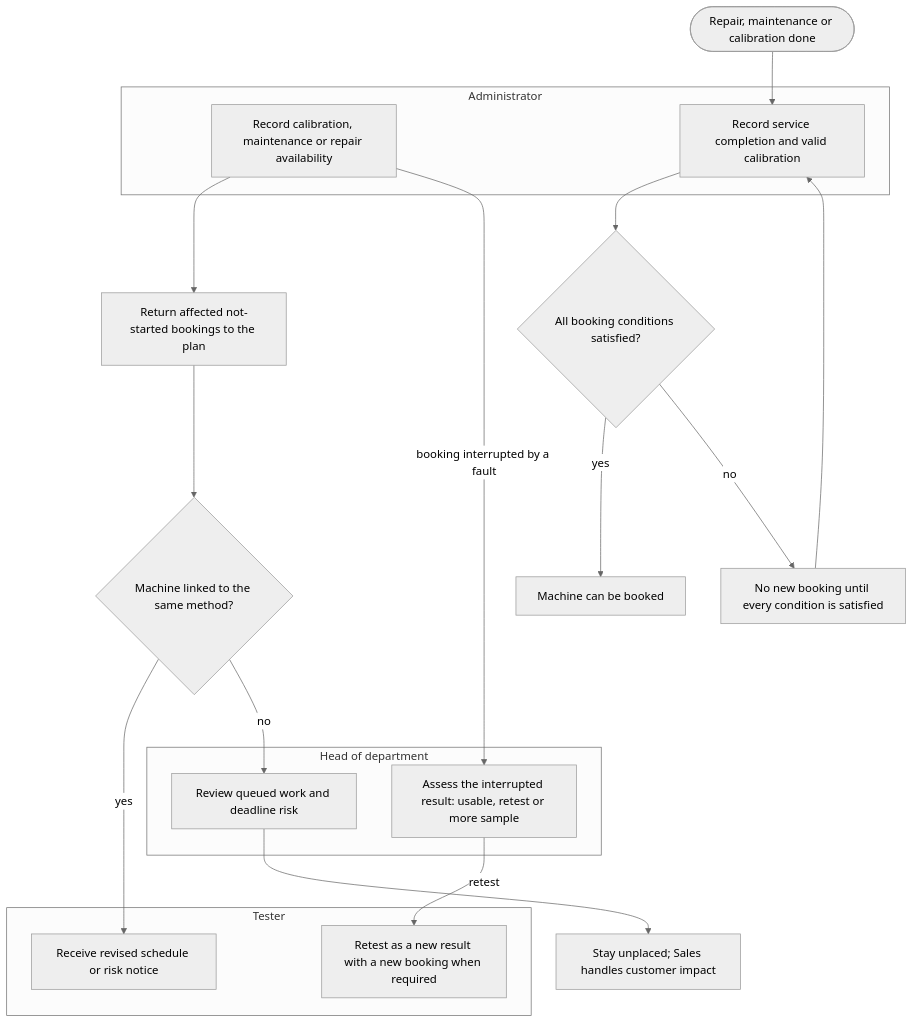
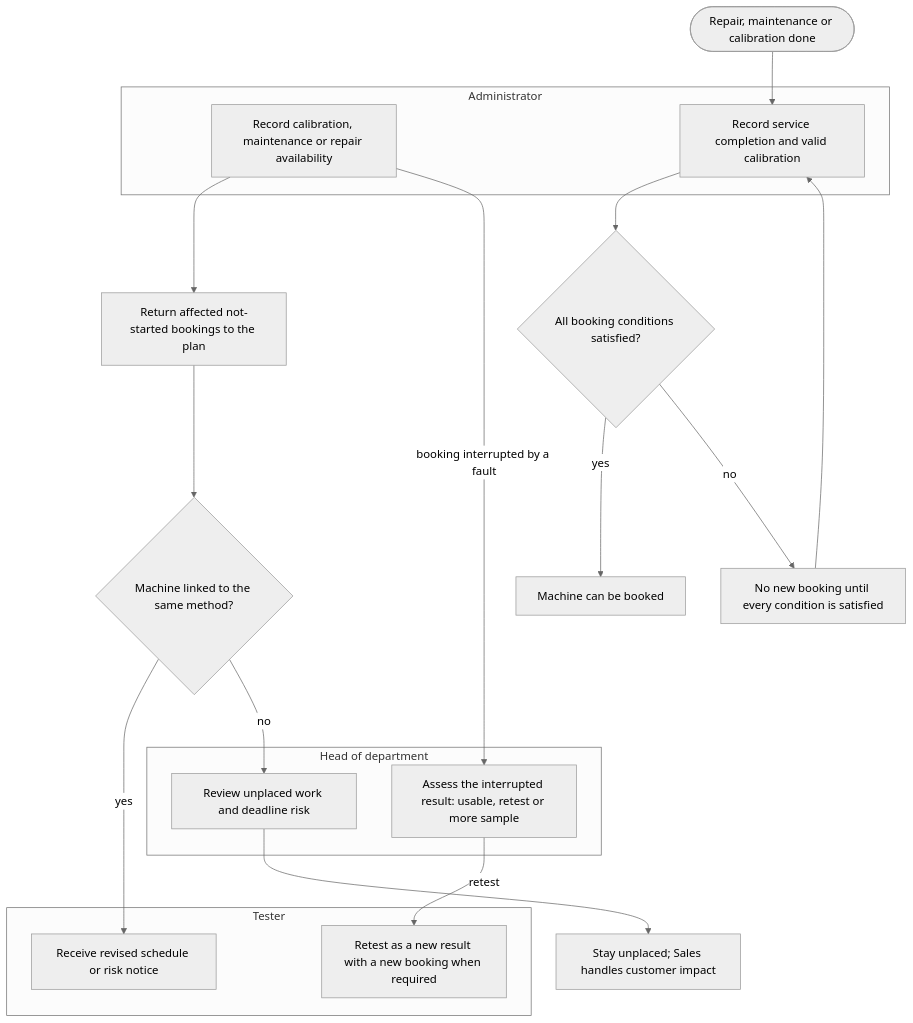
Before and after one commit to SoltuneMontepre/medilab: diagram 11 of 17 in docs/functional/business-flows.md, drawn with Mermaid (neutral theme). The commit also changed other lines of this file and 11 other files, not shown here.

Commit message:
[docs] | #419 Correct the scheduling schema after review (#587)

````diff
--- a/docs/functional/business-flows.md
+++ b/docs/functional/business-flows.md
@@ -533,24 +533,24 @@
 ```mermaid
 flowchart TD
     subgraph lane29 ["Administrator"]
         a1[Record calibration, maintenance or repair availability]
         a2[Record service completion and valid calibration]
     end
     subgraph lane28 ["Head of department"]
         h1[Assess the interrupted result: usable, retest or more sample]
-        h2[Review queued work and deadline risk]
+        h2[Review unplaced work and deadline risk]
     end
     subgraph lane27 ["Tester"]
         t1[Receive revised schedule or risk notice]
         t2[Retest as a new result with a new booking when required]
     end
     a1 --> q[Return affected not-started bookings to the plan]
     a1 -->|booking interrupted by a fault| h1 -->|retest| t2
     q --> other{Machine linked to the same method?}
     other -->|yes| t1
     other -->|no| h2 --> wait[Stay unplaced; Sales handles customer impact]
     serviced([Repair, maintenance or calibration done]) --> a2
     a2 --> fit{All booking conditions satisfied?}
     fit -->|yes| available[Machine can be booked]
     fit -->|no| blocked[No new booking until every condition is satisfied] --> a2
 ```
````
